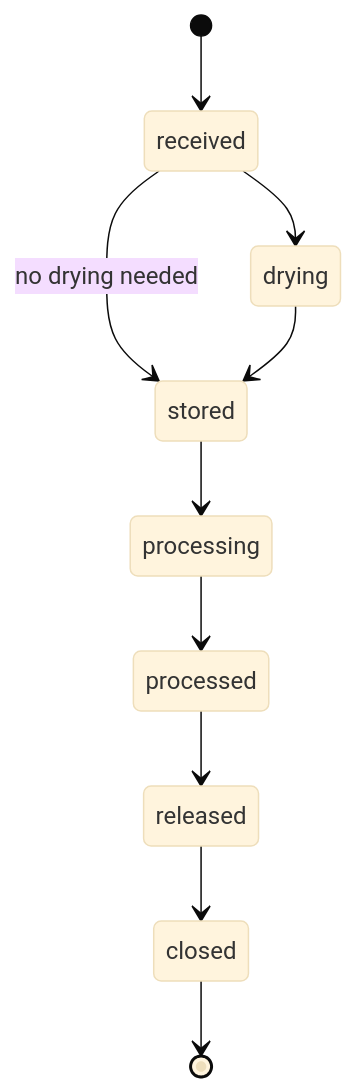
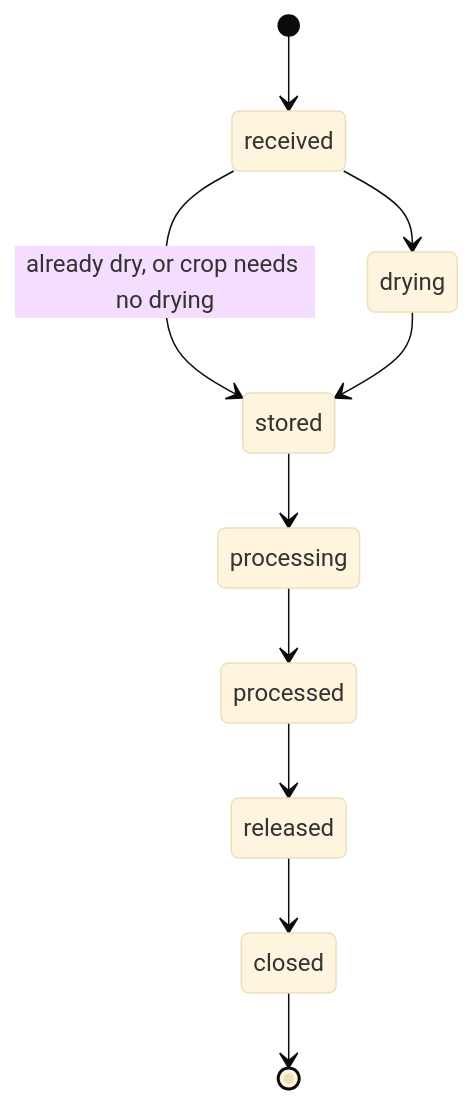
One commit to andrianllmm/hack-iloilo changed the sixth of 6 diagrams in TRD.md. Above: the diagram before and after it, drawn with Mermaid (base theme). The commit also changed other lines of this file and 1 other file, not shown here.

````diff
--- a/TRD.md
+++ b/TRD.md
@@ -668,12 +685,12 @@
 ```mermaid
 stateDiagram-v2
   [*] --> received
   received --> drying
-  received --> stored: no drying needed
+  received --> stored: already dry, or crop needs no drying
   drying --> stored
   stored --> processing
   processing --> processed
   processed --> released
   released --> closed
   closed --> [*]
 ```
````
